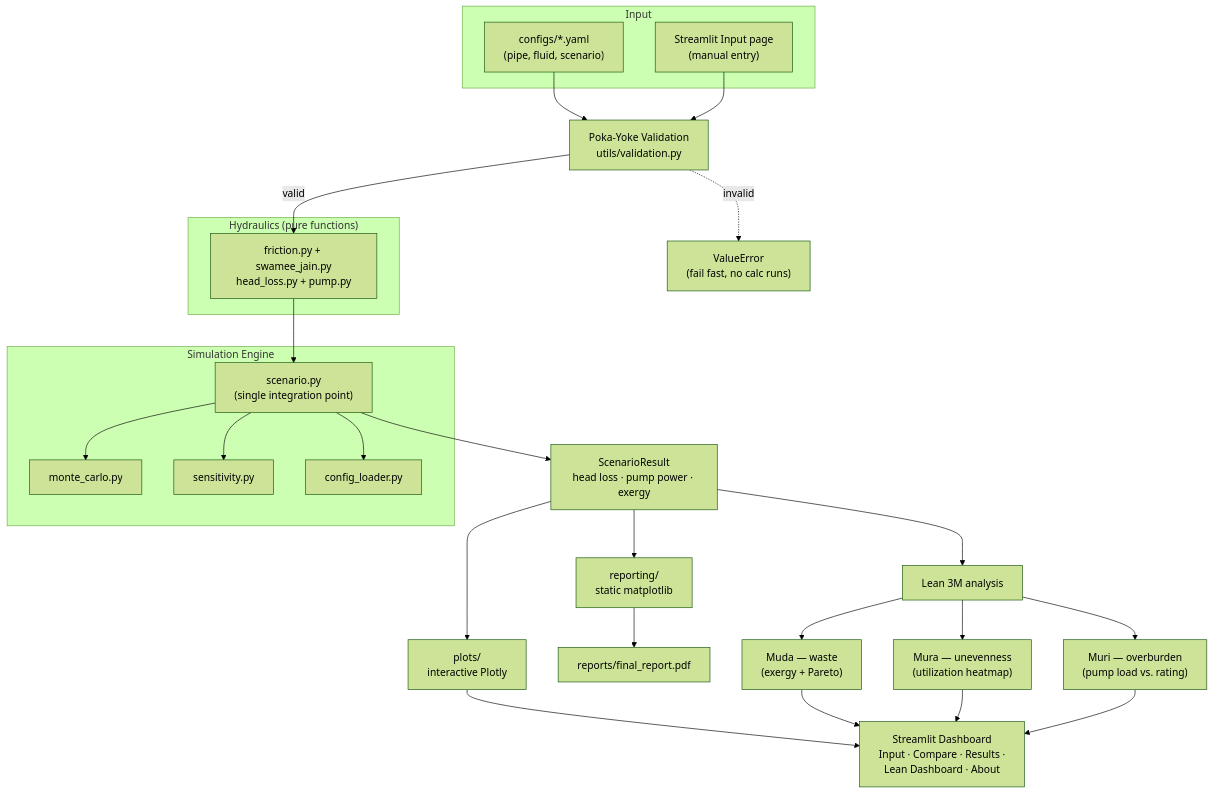
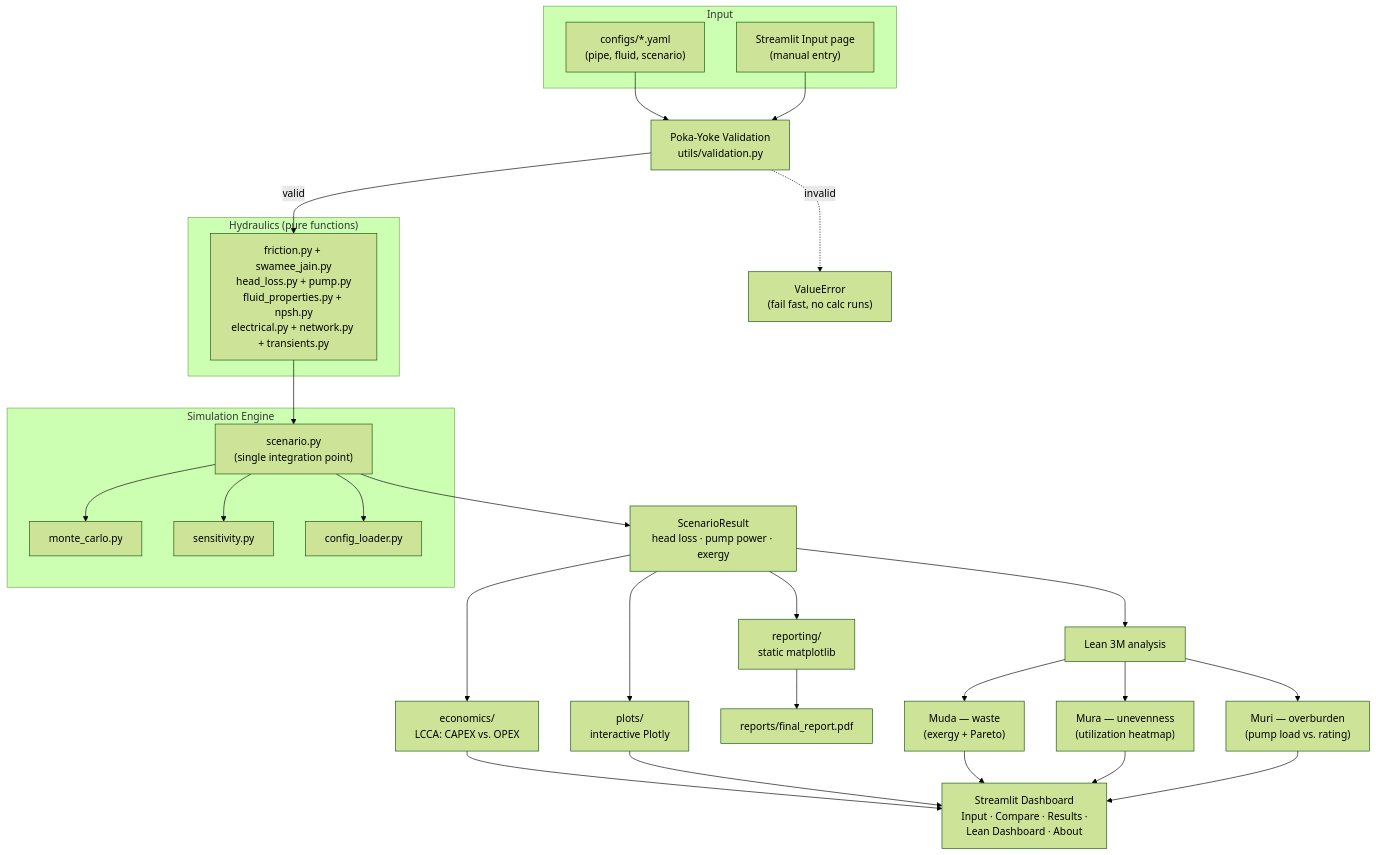
The diagram in docs/design.md (AhmadBaraWirayudha/Hydraulic-Analysis), drawn with Mermaid (forest theme) before and after one commit. The commit also changed other lines of this file and 40 other files, not shown here.

````diff
--- a/docs/design.md
+++ b/docs/design.md
@@ -14,43 +14,45 @@
 ```mermaid
 flowchart TD
     subgraph Input["Input"]
         A1["configs/*.yaml<br/>(pipe, fluid, scenario)"]
         A2["Streamlit Input page<br/>(manual entry)"]
     end
 
     A1 --> V
     A2 --> V
 
     V["Poka-Yoke Validation<br/>utils/validation.py"]
     V -->|valid| H
     V -.->|invalid| ERR["ValueError<br/>(fail fast, no calc runs)"]
 
     subgraph Hydraulics["Hydraulics (pure functions)"]
-        H["friction.py + swamee_jain.py<br/>head_loss.py + pump.py"]
+        H["friction.py + swamee_jain.py<br/>head_loss.py + pump.py<br/>fluid_properties.py + npsh.py<br/>electrical.py + network.py + transients.py"]
     end
 
     H --> S
 
     subgraph Simulation["Simulation Engine"]
         S["scenario.py<br/>(single integration point)"]
         S --> MC[monte_carlo.py]
         S --> SE[sensitivity.py]
         S --> CL[config_loader.py]
     end
 
     S --> R["ScenarioResult<br/>head loss · pump power · exergy"]
 
     R --> P["plots/<br/>interactive Plotly"]
     R --> RP["reporting/<br/>static matplotlib"]
     R --> Lean["Lean 3M analysis"]
+    R --> Econ["economics/<br/>LCCA: CAPEX vs. OPEX"]
+    Econ --> UI
 
     P --> UI["Streamlit Dashboard<br/>Input · Compare · Results ·<br/>Lean Dashboard · About"]
     RP --> PDF["reports/final_report.pdf"]
 
     Lean --> Muda["Muda — waste<br/>(exergy + Pareto)"]
     Lean --> Mura["Mura — unevenness<br/>(utilization heatmap)"]
     Lean --> Muri["Muri — overburden<br/>(pump load vs. rating)"]
     Muda --> UI
     Mura --> UI
     Muri --> UI
 ```
````
